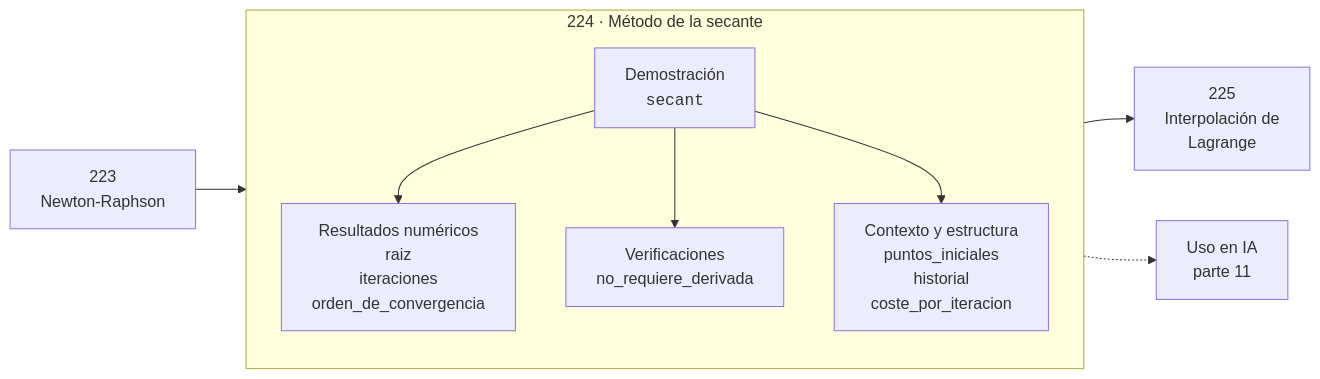
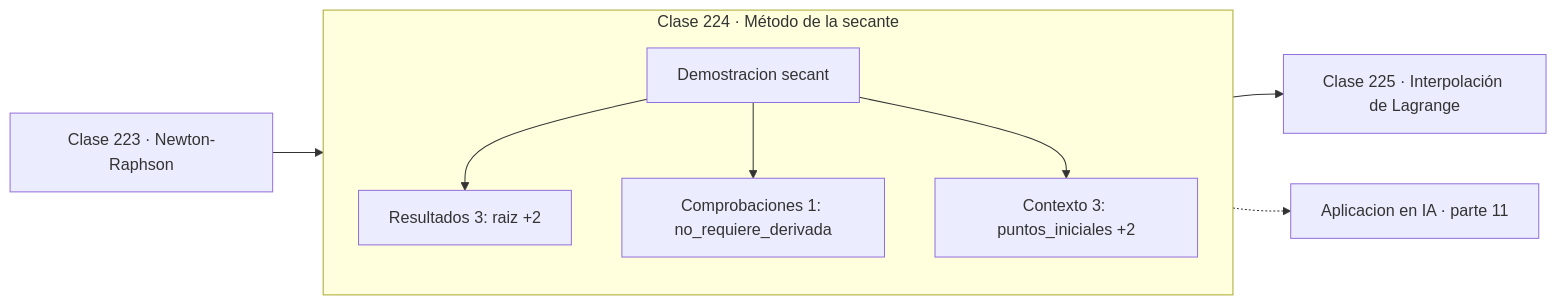
The diagram in classes/part-11-metodos-numericos-y-computacion-cientifica/224-metodo-de-la-secante/README.md (vladimiracunadev-create/computational-mathematics-program), drawn with Mermaid before and after one commit. The commit also changed 389 other files, not shown here.

First line of the commit message:
fix(diagramas): elimina el HTML de las etiquetas Mermaid

````diff
--- a/classes/part-11-metodos-numericos-y-computacion-cientifica/224-metodo-de-la-secante/README.md
+++ b/classes/part-11-metodos-numericos-y-computacion-cientifica/224-metodo-de-la-secante/README.md
@@ -30,12 +30,13 @@
 ```mermaid
 flowchart LR
-    P["223<br/>Newton-Raphson"] --> C
-    subgraph C["224 · Método de la secante"]
+    P["Clase 223 · Newton-Raphson"] --> D
+    subgraph CLASE["Clase 224 · Método de la secante"]
         direction TB
-        D["Demostración<br/><code>secant</code>"] --> R["Resultados numéricos<br/>raiz<br/>iteraciones<br/>orden_de_convergencia"]
-        D --> V["Verificaciones<br/>no_requiere_derivada"]
-        D --> O["Contexto y estructura<br/>puntos_iniciales<br/>historial<br/>coste_por_iteracion"]
+        D["Demostracion secant"]
+        D --> R["Resultados 3: raiz +2"]
+        D --> V["Comprobaciones 1: no_requiere_derivada"]
+        D --> O["Contexto 3: puntos_iniciales +2"]
     end
-    C --> N["225<br/>Interpolación de<br/>Lagrange"]
-    C -.-> IA["Uso en IA<br/>parte 11"]
+    R --> N["Clase 225 · Interpolación de Lagrange"]
+    V -.-> IA["Aplicacion en IA · parte 11"]
 ```
````
